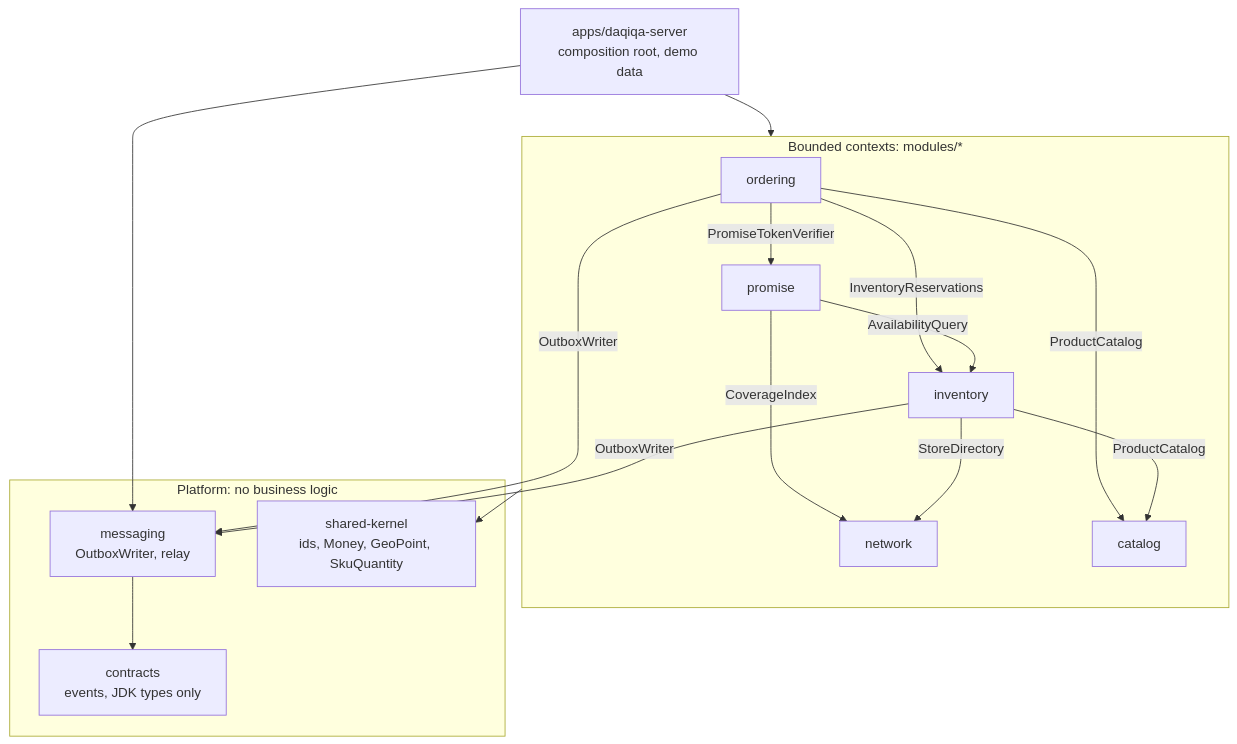
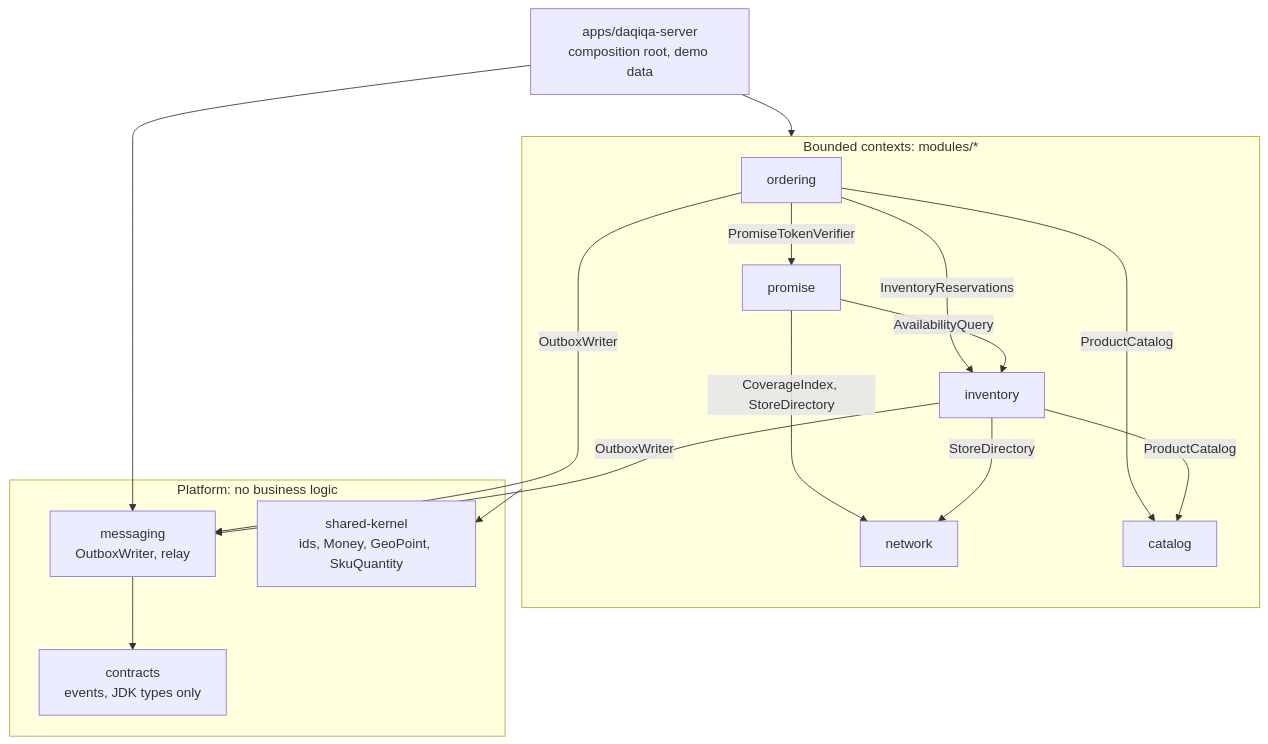
Before and after one commit to asemdreibati/daqiqa: the third of 9 diagrams in docs/architecture/overview.md, drawn with Mermaid. The commit also changed other lines of this file, not shown here.

First line of the commit message:
docs: update the architecture guide to the integrated wave 1

````diff
--- a/docs/architecture/overview.md
+++ b/docs/architecture/overview.md
@@ -105,32 +108,32 @@
 ```mermaid
 flowchart TB
     Server["apps/daqiqa-server<br/>composition root, demo data"]
 
     subgraph Contexts["Bounded contexts: modules/*"]
         Ordering["ordering"]
         Promise["promise"]
         Inventory["inventory"]
         Network["network"]
         Catalog["catalog"]
     end
 
     subgraph Platform["Platform: no business logic"]
         Messaging["messaging<br/>OutboxWriter, relay"]
         Contracts["contracts<br/>events, JDK types only"]
         Kernel["shared-kernel<br/>ids, Money, GeoPoint, SkuQuantity"]
     end
 
     Server --> Contexts
     Server --> Messaging
     Ordering -->|"PromiseTokenVerifier"| Promise
     Ordering -->|"InventoryReservations"| Inventory
     Ordering -->|"ProductCatalog"| Catalog
     Ordering -->|"OutboxWriter"| Messaging
-    Promise -->|"CoverageIndex"| Network
+    Promise -->|"CoverageIndex, StoreDirectory"| Network
     Promise -->|"AvailabilityQuery"| Inventory
     Inventory -->|"StoreDirectory"| Network
     Inventory -->|"ProductCatalog"| Catalog
     Inventory -->|"OutboxWriter"| Messaging
     Messaging --> Contracts
     Contexts --> Kernel
 ```
````
